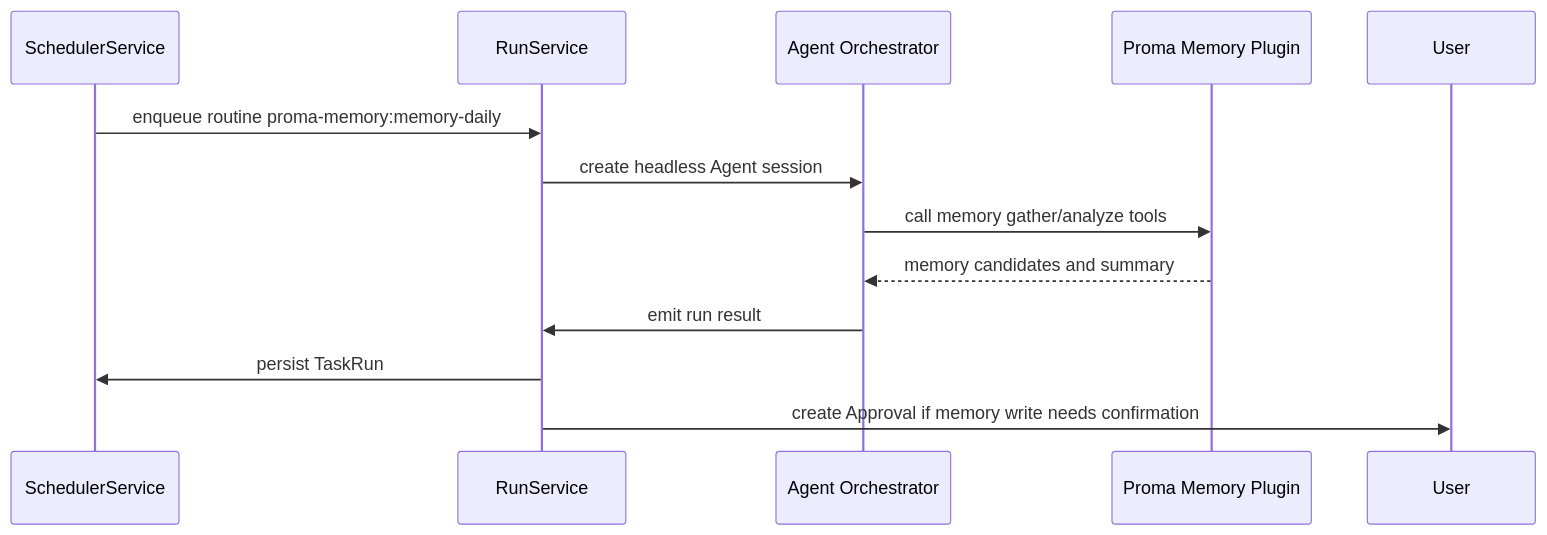
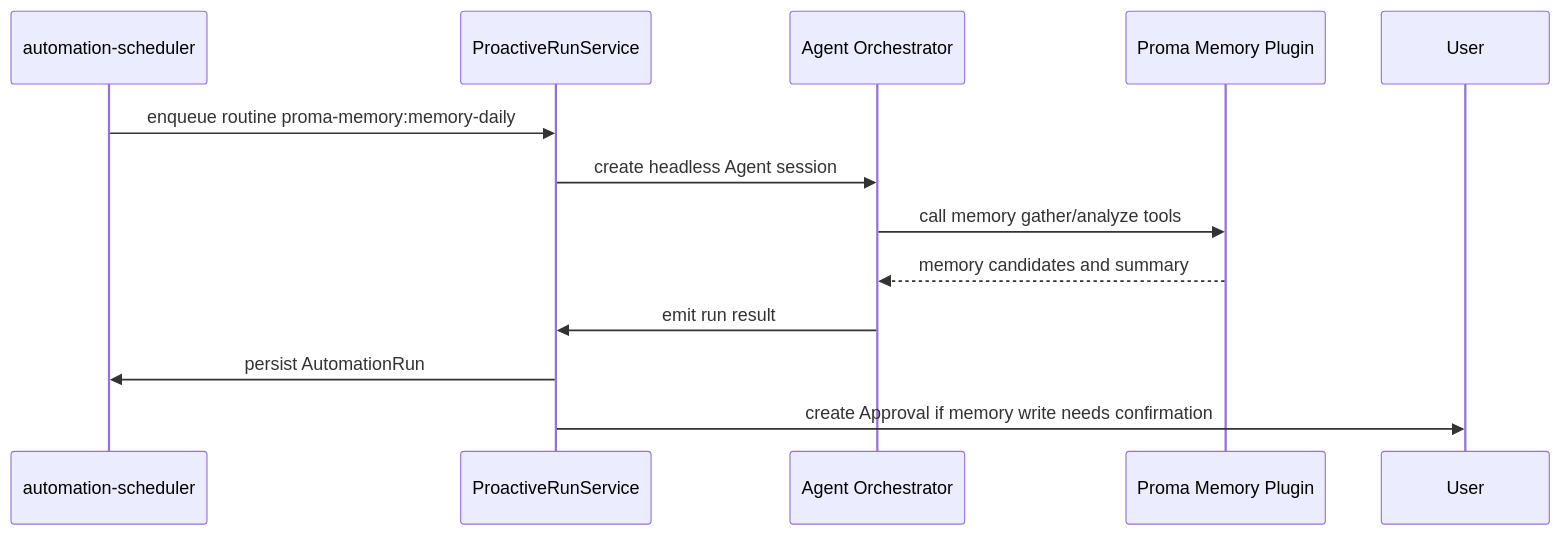
One commit to yanynayan-cdut/Mira_AI changed the third of 3 diagrams in docs/proactive-scheduler-monitor-design.md. Above: the diagram before and after it, drawn with Mermaid. The commit also changed other lines of this file and 88 other files, not shown here.

````diff
--- a/docs/proactive-scheduler-monitor-design.md
+++ b/docs/proactive-scheduler-monitor-design.md
@@ -734,16 +734,16 @@
 ```mermaid
 sequenceDiagram
-  participant S as SchedulerService
-  participant R as RunService
+  participant S as automation-scheduler
+  participant R as ProactiveRunService
   participant A as Agent Orchestrator
   participant P as Proma Memory Plugin
   participant U as User
 
   S->>R: enqueue routine proma-memory:memory-daily
   R->>A: create headless Agent session
   A->>P: call memory gather/analyze tools
   P-->>A: memory candidates and summary
   A->>R: emit run result
-  R->>S: persist TaskRun
+  R->>S: persist AutomationRun
   R->>U: create Approval if memory write needs confirmation
 ```
````
